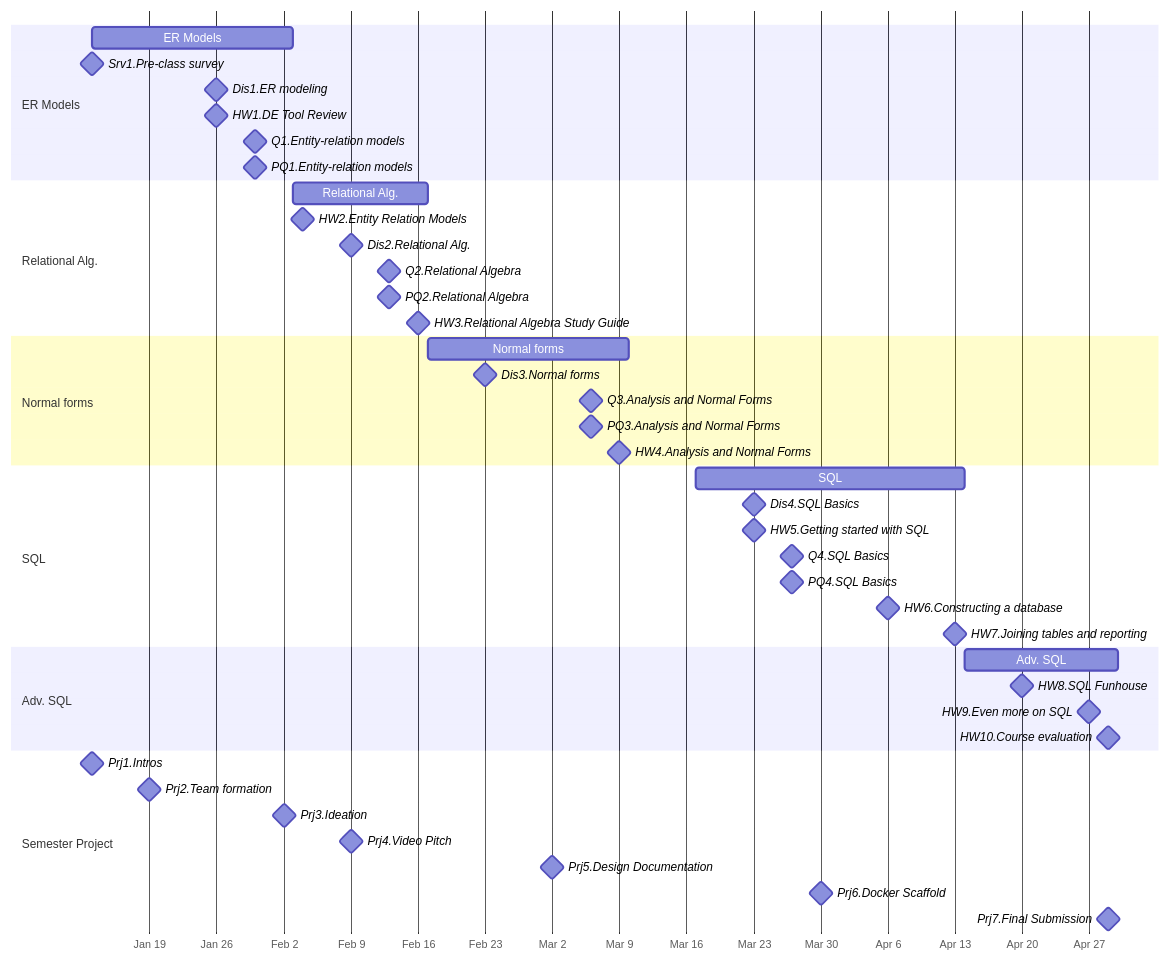
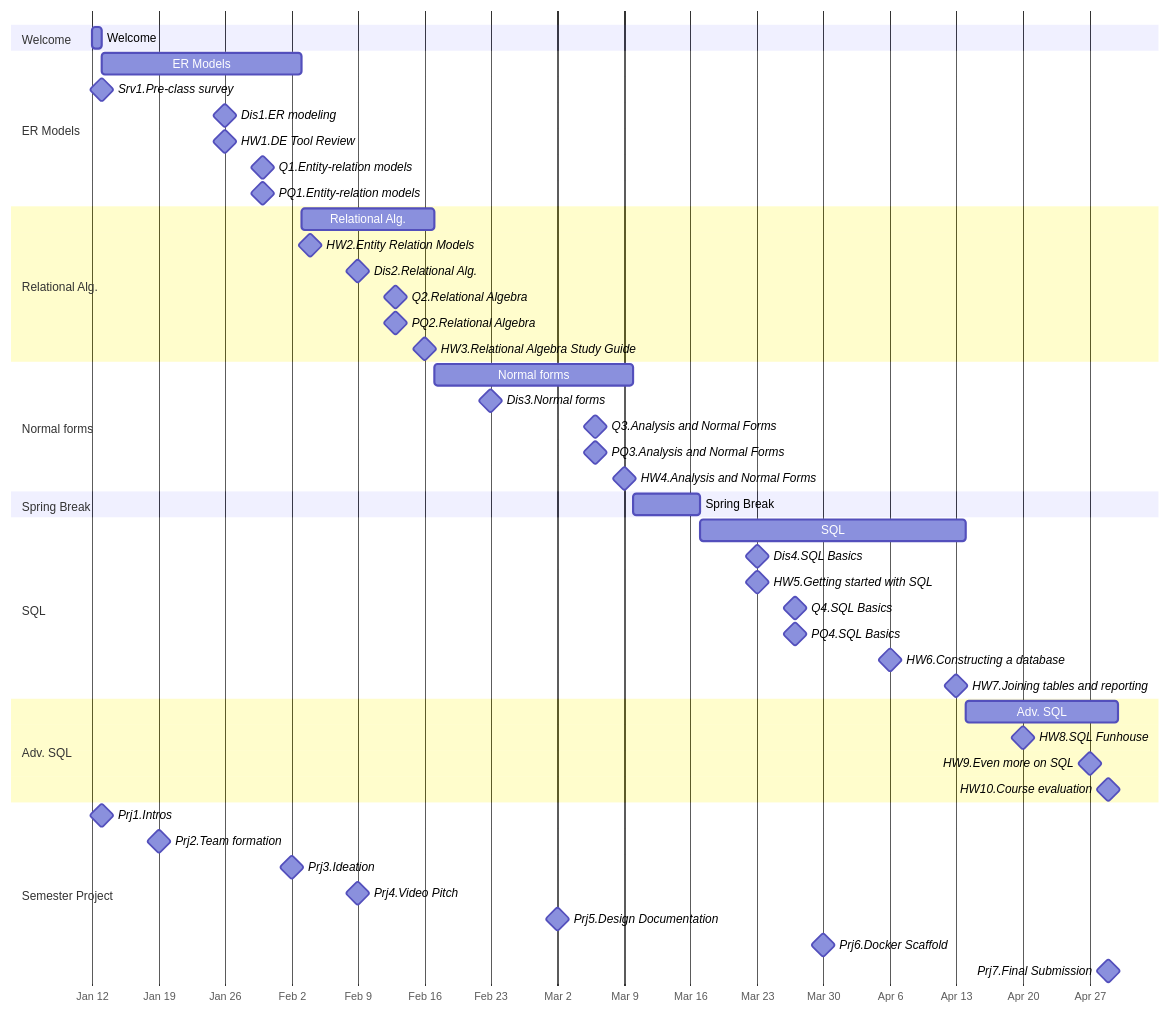
One commit to lowkeylabs/cmsc408-course-admin changed the diagram in sp2025/gantts/detailed-gantt.mmd. Above: the diagram before and after it, drawn with Mermaid. The commit also changed 2 other files, not shown here.

Commit message:
rework of detailed gantt

```diff
--- a/sp2025/gantts/detailed-gantt.mmd
+++ b/sp2025/gantts/detailed-gantt.mmd
@@ -1,51 +1,57 @@
 gantt
     dateFormat YYYY-MM-DD
     axisFormat %b %e
     todayMarker stroke-width:7px,stroke:#FFB300,opacity:0.5
+
+    section Welcome
+    Welcome : m0, 2025-01-12, 2025-01-13
 
     section ER Models
     ER Models : m1, 2025-01-13, 2025-02-03
     Srv1.Pre-class survey : milestone, 2025-01-13, 0d
     Dis1.ER modeling : milestone, 2025-01-26, 0d
     HW1.DE Tool Review : milestone, 2025-01-26, 0d
     Q1.Entity-relation models : milestone, 2025-01-30, 0d
     PQ1.Entity-relation models : milestone, 2025-01-30, 0d
 
     section Relational Alg.
     Relational Alg. : m2, 2025-02-03, 2025-02-17
     HW2.Entity Relation Models : milestone, 2025-02-04, 0d
     Dis2.Relational Alg. : milestone, 2025-02-09, 0d
     Q2.Relational Algebra : milestone, 2025-02-13, 0d
     PQ2.Relational Algebra : milestone, 2025-02-13, 0d
     HW3.Relational Algebra Study Guide : milestone, 2025-02-16, 0d
 
     section Normal forms
     Normal forms : m3, 2025-02-17, 2025-03-10
     Dis3.Normal forms : milestone, 2025-02-23, 0d
     Q3.Analysis and Normal Forms : milestone, 2025-03-06, 0d
     PQ3.Analysis and Normal Forms : milestone, 2025-03-06, 0d
     HW4.Analysis and Normal Forms : milestone, 2025-03-09, 0d
 
+    section Spring Break
+    Spring Break : m4, 2025-03-10, 2025-03-17
+
     section SQL
     SQL : m5, 2025-03-17, 2025-04-14
     Dis4.SQL Basics : milestone, 2025-03-23, 0d
     HW5.Getting started with SQL : milestone, 2025-03-23, 0d
     Q4.SQL Basics : milestone, 2025-03-27, 0d
     PQ4.SQL Basics : milestone, 2025-03-27, 0d
     HW6.Constructing a database : milestone, 2025-04-06, 0d
     HW7.Joining tables and reporting : milestone, 2025-04-13, 0d
 
     section Adv. SQL
     Adv. SQL : m6, 2025-04-14, 2025-04-30
     HW8.SQL Funhouse : milestone, 2025-04-20, 0d
     HW9.Even more on SQL : milestone, 2025-04-27, 0d
     HW10.Course evaluation : milestone, 2025-04-29, 0d
 
     section Semester Project
     Prj1.Intros : milestone, 2025-01-13, 0d
     Prj2.Team formation : milestone, 2025-01-19, 0d
     Prj3.Ideation : milestone, 2025-02-02, 0d
     Prj4.Video Pitch : milestone, 2025-02-09, 0d
     Prj5.Design Documentation : milestone, 2025-03-02, 0d
     Prj6.Docker Scaffold : milestone, 2025-03-30, 0d
     Prj7.Final Submission : milestone, 2025-04-29, 0d
```
